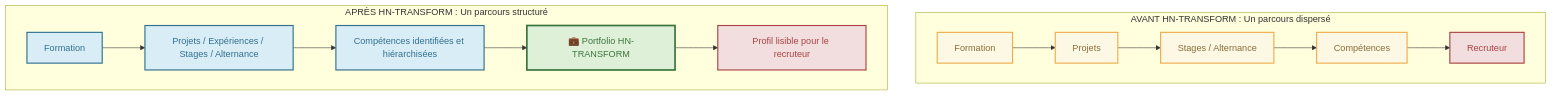
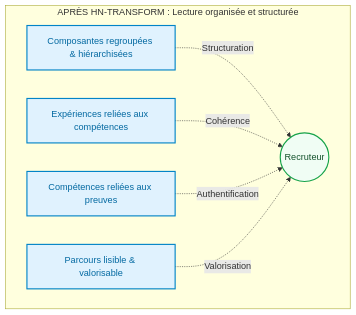
Before and after one commit to bouzidifatimazohra00-ux/inclusion-numerique-93: the diagram in Avant et Apres parcours.md, drawn with Mermaid.

Commit message:
Update Avant et Apres parcours.md

````diff
--- a/Avant et Apres parcours.md
+++ b/Avant et Apres parcours.md
@@ -1,28 +1,22 @@
 ```mermaid
 graph TD
-    %% Style Général
-    classDef avant fill:#fcf8e3,stroke:#f0ad4e,stroke-width:2px,color:#8a6d3b;
-    classDef après fill:#d9edf7,stroke:#31708f,stroke-width:2px,color:#31708f;
-    classDef important fill:#dff0d8,stroke:#3c763d,stroke-width:3px,color:#3c763d;
-    classDef recruteur fill:#f2dede,stroke:#a94442,stroke-width:2px,color:#a94442;
+    classDef apres fill:#e0f2fe,stroke:#0284c7,stroke-width:2px,color:#0369a1;
+    classDef recruteur fill:#f0fdf4,stroke:#16a34a,stroke-width:2px,color:#14532d;
 
-    subgraph "AVANT HN-TRANSFORM : Un parcours dispersé"
-        A1[Formation] --> A2[Projets]
-        A2 --> A3[Stages / Alternance]
-        A3 --> A4[Compétences]
-        A4 --> A5[Recruteur]
+    subgraph "APRÈS HN-TRANSFORM : Lecture organisée et structurée"
+        A1[Composantes regroupées & hiérarchisées]
+        A2[Expériences reliées aux compétences]
+        A3[Compétences reliées aux preuves]
+        A4[Parcours lisible & valorisable]
+        
+        R1((Recruteur))
+        
+        A1 -. Structuration .-> R1
+        A2 -. Cohérence .-> R1
+        A3 -. Authentification .-> R1
+        A4 -. Valorisation .-> R1
     end
 
-    subgraph "APRÈS HN-TRANSFORM : Un parcours structuré"
-        B1[Formation] --> B2[Projets / Expériences / Stages / Alternance]
-        B2 --> B3[Compétences identifiées et hiérarchisées]
-        B3 --> B4[💼 Portfolio HN-TRANSFORM]
-        B4 --> B5[Profil lisible pour le recruteur]
-    end
-
-    %% Application des styles
-    class A1,A2,A3,A4 avant;
-    class B1,B2,B3 après;
-    class B4 important;
-    class A5,B5 recruteur;
+    class A1,A2,A3,A4 apres;
+    class R1 recruteur;
 ```
````
